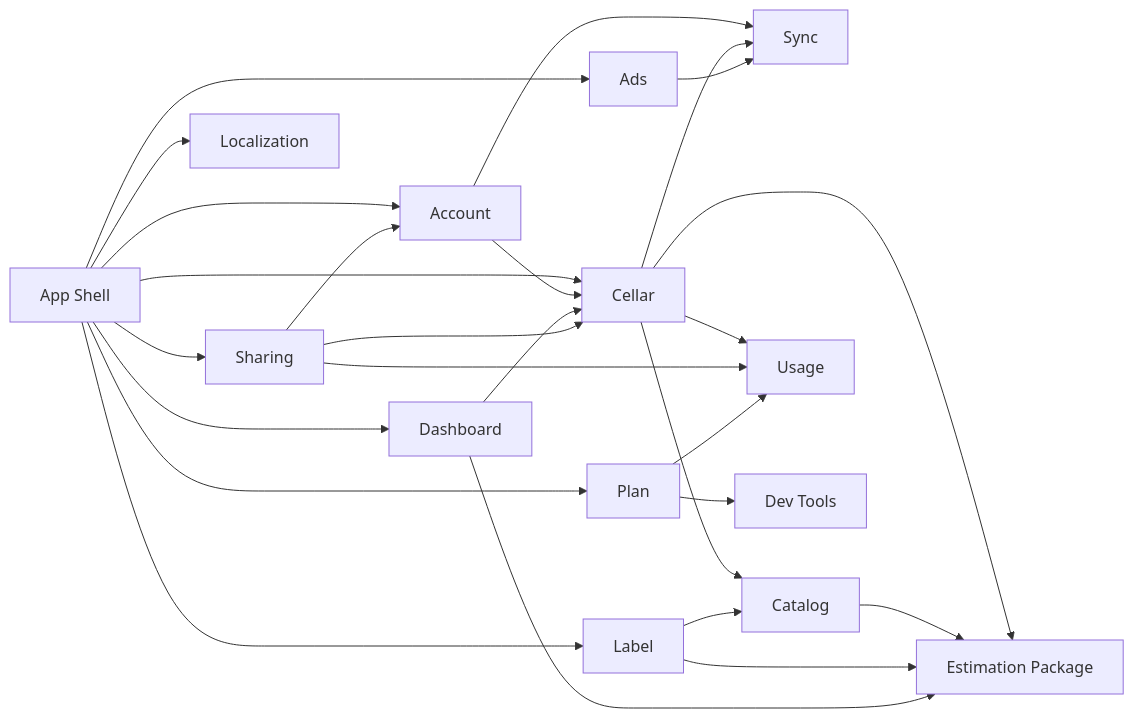
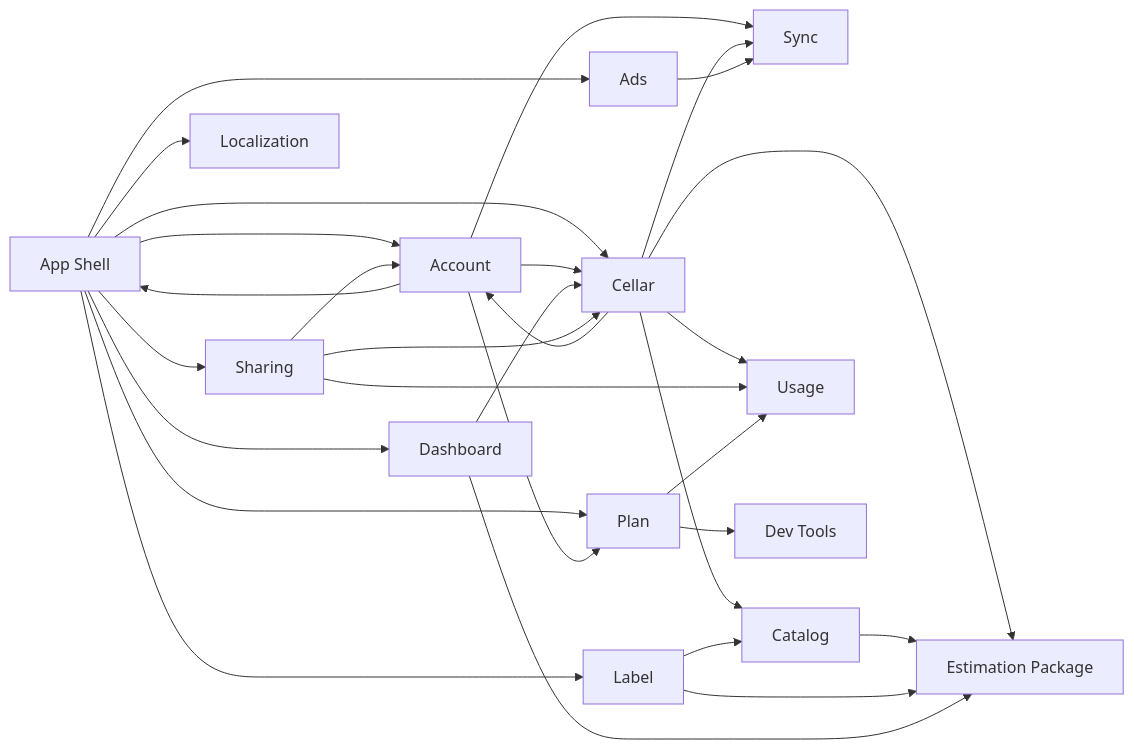
One commit to brunobottazzini/Vinoozy changed the diagram in aidlc/spaces/default/codekb/Vinoozy/dependencies.md. Above: the diagram before and after it, drawn with Mermaid. The commit also changed other lines of this file and 182 other files, not shown here.

````diff
--- a/aidlc/spaces/default/codekb/Vinoozy/dependencies.md
+++ b/aidlc/spaces/default/codekb/Vinoozy/dependencies.md
@@ -45,28 +49,31 @@
 ```mermaid
 flowchart LR
   Shell["App Shell"] --> Account
   Shell --> Cellar
   Shell --> Dashboard
   Shell --> Sharing
   Shell --> Label
   Shell --> Plan
   Shell --> Ads
   Shell --> L10n["Localization"]
   Account --> Sync
   Account --> Cellar
+  Account --> Plan
+  Account --> Shell
   Cellar --> Estimation["Estimation Package"]
   Cellar --> Catalog
   Cellar --> Sync
   Cellar --> Usage
+  Cellar --> Account
   Catalog --> Estimation
   Label --> Catalog
   Label --> Estimation
   Dashboard --> Cellar
   Dashboard --> Estimation
   Sharing --> Cellar
   Sharing --> Account
   Sharing --> Usage
   Plan --> Usage
   Plan --> Dev["Dev Tools"]
   Ads --> Sync
 ```
````
